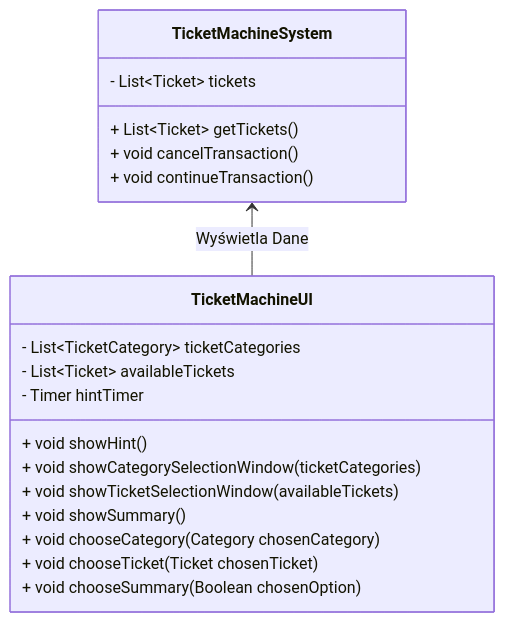
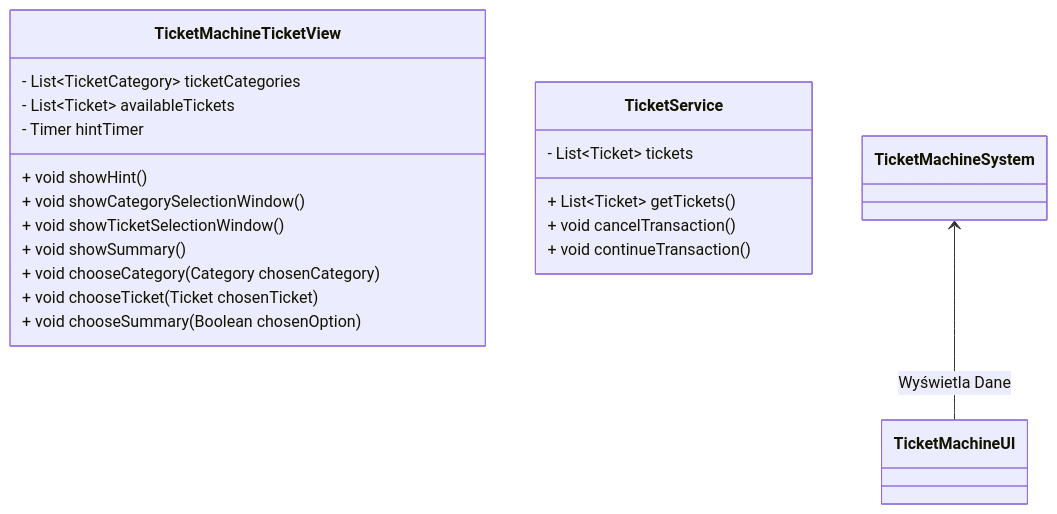
Before and after one commit to MarcinMarszewski/dowolna_nazwa: the tenth of 10 diagrams in userstories/user.md, drawn with Mermaid. The commit also changed other lines of this file, not shown here.

````diff
--- a/userstories/user.md
+++ b/userstories/user.md
@@ -534,26 +534,26 @@
 ```mermaid
 classDiagram
-  class TicketMachineUI {
+  class TicketMachineTicketView {
     - List&lt;TicketCategory> ticketCategories
     - List&lt;Ticket> availableTickets
     - Timer hintTimer
 
     + void showHint()
-    + void showCategorySelectionWindow(ticketCategories)
-    + void showTicketSelectionWindow(availableTickets)
+    + void showCategorySelectionWindow()
+    + void showTicketSelectionWindow()
     + void showSummary()
 
     + void chooseCategory(Category chosenCategory)
     + void chooseTicket(Ticket chosenTicket)
     + void chooseSummary(Boolean chosenOption)
   }
 
-  class TicketMachineSystem {
+  class TicketService {
     - List&lt;Ticket> tickets
     + List&lt;Ticket> getTickets()
     + void cancelTransaction()
     + void continueTransaction()
   }
 
   TicketMachineSystem <-- TicketMachineUI : Wyświetla Dane
 ```
````
